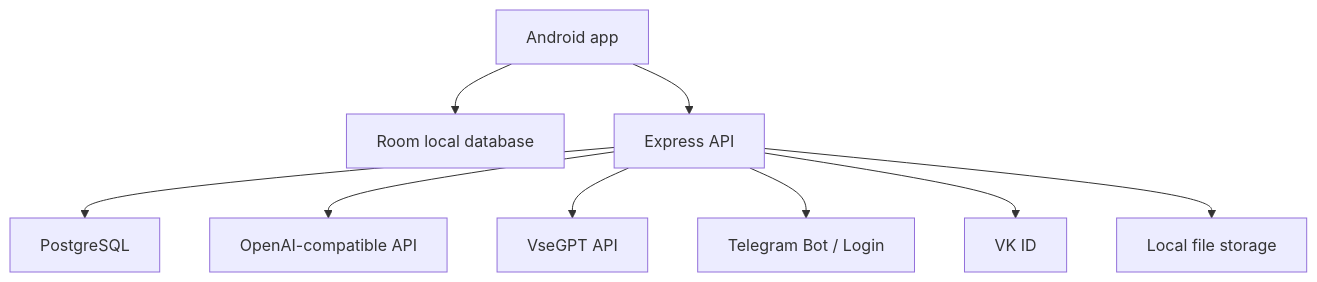
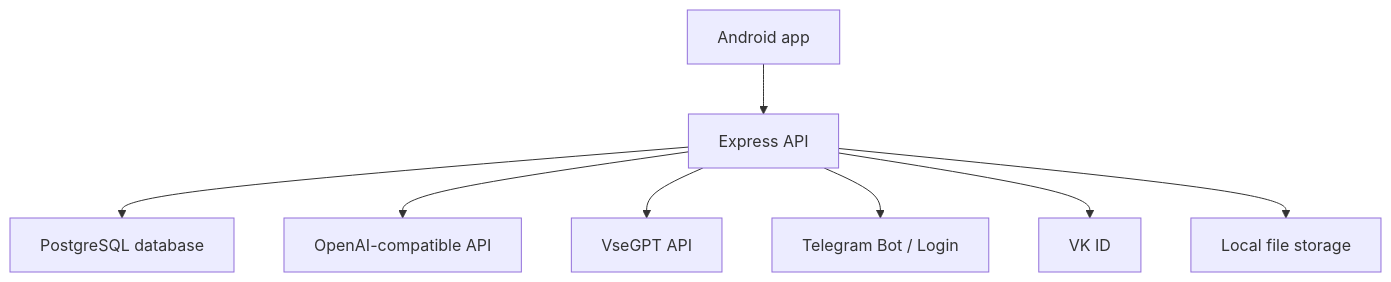
Before and after one commit to Moii-gh/FreeChat-AndroidApp: the diagram in README.md, drawn with Mermaid. The commit also changed other lines of this file, not shown here.

````diff
--- a/README.md
+++ b/README.md
@@ -81,11 +81,10 @@
 ```mermaid
 flowchart TD
-    A["Android app"] --> B["Room local database"]
-    A --> C["Express API"]
-    C --> D["PostgreSQL"]
+    A["Android app"] --> C["Express API"]
+    C --> D["PostgreSQL database"]
     C --> E["OpenAI-compatible API"]
     C --> F["VseGPT API"]
     C --> G["Telegram Bot / Login"]
     C --> H["VK ID"]
     C --> I["Local file storage"]
 ```
````
